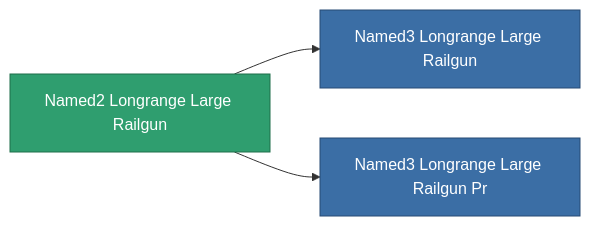
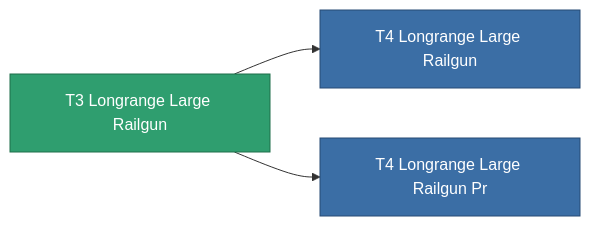
Before and after one commit to OpenPerpetuum/Wiki: the diagram in content/content/items/named2_longrange_large_railgun.md, drawn with Mermaid. The commit also changed other lines of this file and 4904 other files, not shown here.

````diff
--- a/content/content/items/named2_longrange_large_railgun.md
+++ b/content/content/items/named2_longrange_large_railgun.md
@@ -82,13 +56,13 @@
 ```mermaid
 graph LR
-    a["Named2 Longrange Large Railgun"]:::current
-    b["Named3 Longrange Large Railgun"]:::prod
+    a["T3 Longrange Large Railgun"]:::current
+    b["T4 Longrange Large Railgun"]:::prod
     a --> b
-    click b "/content/items/named3-longrange-large-railgun/" "Named3 Longrange Large Railgun"
-    c["Named3 Longrange Large Railgun Pr"]:::prod
+    click b "/content/items/named3-longrange-large-railgun/" "T4 Longrange Large Railgun"
+    c["T4 Longrange Large Railgun Pr"]:::prod
     a --> c
-    click c "/content/items/named3-longrange-large-railgun-pr/" "Named3 Longrange Large Railgun Pr"
+    click c "/content/items/named3-longrange-large-railgun-pr/" "T4 Longrange Large Railgun Pr"
     classDef current fill:#2f9e6f,stroke:#1f6f4a,color:#ffffff
     classDef prod fill:#3b6ea5,stroke:#274a75,color:#ffffff
     classDef more fill:#39445a,stroke:#54658a,color:#d5dbe8
 ```
````
